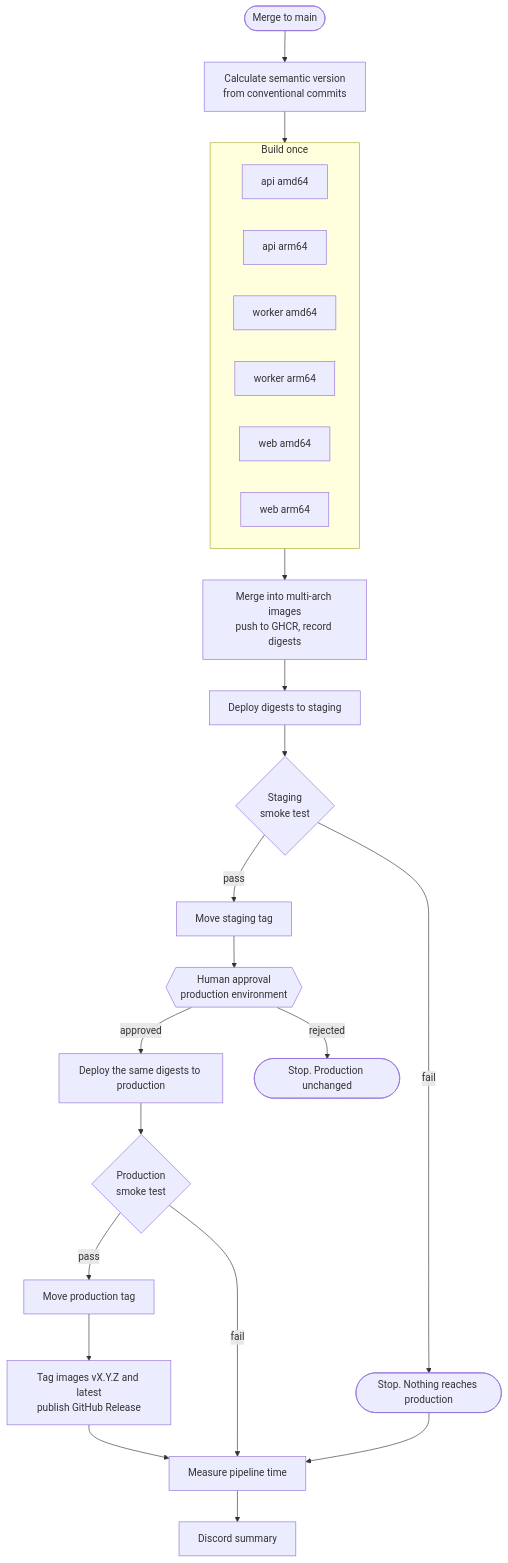
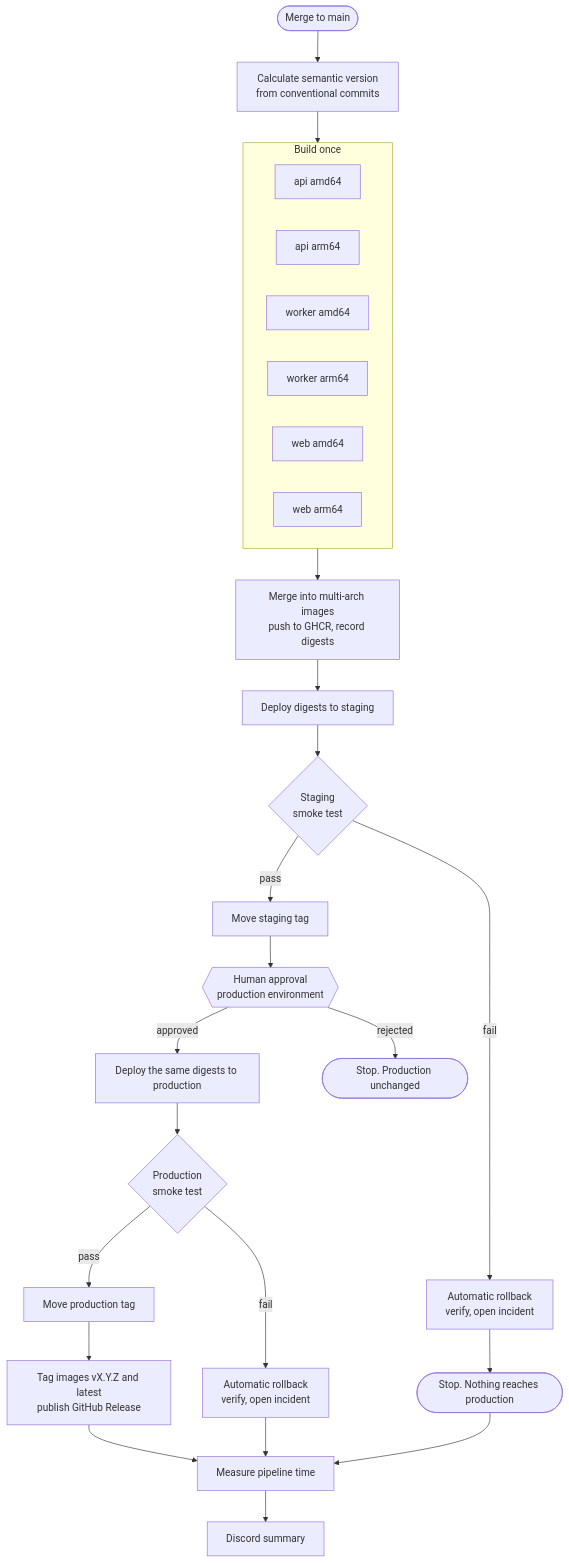
The third of 3 diagrams in README.md (devwithvino/cicd_demo), drawn with Mermaid before and after one commit. The commit also changed other lines of this file, not shown here.

First line of the commit message:
docs: document automatic rollback, failure demo and manual workflows

````diff
--- a/README.md
+++ b/README.md
@@ -156,26 +170,28 @@
 ```mermaid
 flowchart TD
     push([Merge to main]) --> version[Calculate semantic version<br/>from conventional commits]
     version --> build
 
     subgraph build[Build once]
         direction LR
         b1[api amd64] & b2[api arm64] & b3[worker amd64] & b4[worker arm64] & b5[web amd64] & b6[web arm64]
     end
 
     build --> publish[Merge into multi-arch images<br/>push to GHCR, record digests]
     publish --> stg[Deploy digests to staging]
     stg --> stgsmoke{Staging<br/>smoke test}
     stgsmoke -- pass --> stgtag[Move staging tag]
-    stgsmoke -- fail --> stop1([Stop. Nothing reaches production])
+    stgsmoke -- fail --> rb1[Automatic rollback<br/>verify, open incident]
+    rb1 --> stop1([Stop. Nothing reaches production])
     stgtag --> approval{{Human approval<br/>production environment}}
     approval -- approved --> prd[Deploy the same digests to production]
     approval -- rejected --> stop2([Stop. Production unchanged])
     prd --> prdsmoke{Production<br/>smoke test}
     prdsmoke -- pass --> prdtag[Move production tag]
     prdtag --> release[Tag images vX.Y.Z and latest<br/>publish GitHub Release]
     release --> report[Measure pipeline time]
-    prdsmoke -- fail --> report
+    prdsmoke -- fail --> rb2[Automatic rollback<br/>verify, open incident]
+    rb2 --> report
     stop1 --> report
     report --> notify[Discord summary]
 ```
````
